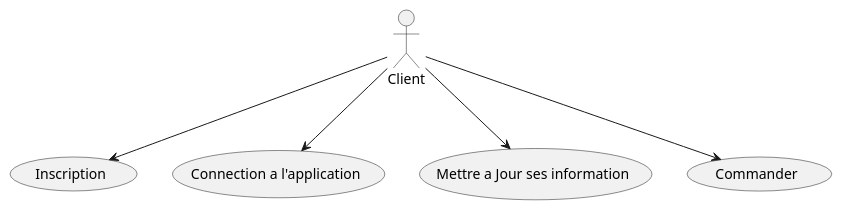
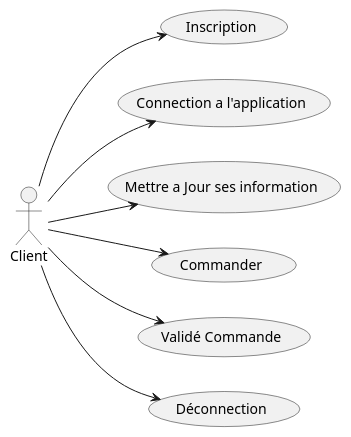
The diagram in Diagram/diagramme_UseCase.puml (NoriTaka68/E-Shop), drawn with PlantUML before and after one commit.

Commit message:
mise a jour du Diagramme de Cas d'utilisation

```diff
--- a/Diagram/diagramme_UseCase.puml
+++ b/Diagram/diagramme_UseCase.puml
@@ -1,8 +1,11 @@
 @startuml DiagrammeCasdutilisation
+left to right direction
 
 :Client: -->(Inscription)
 :Client: -->(Connection a l'application)
 :Client: -->(Mettre a Jour ses information)
 :Client: -->(Commander)
+:Client: -->(Validé Commande)
+:Client: -->(Déconnection)
 
 @enduml
```
